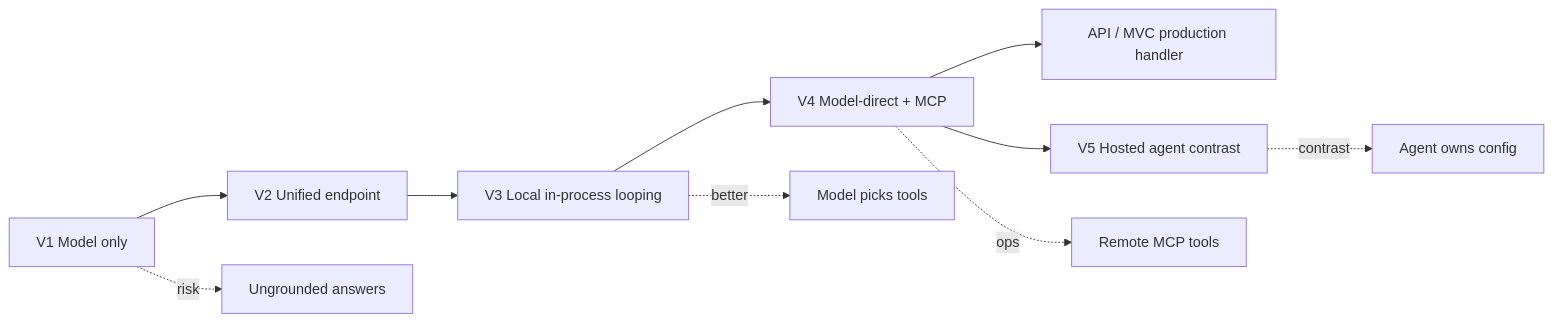
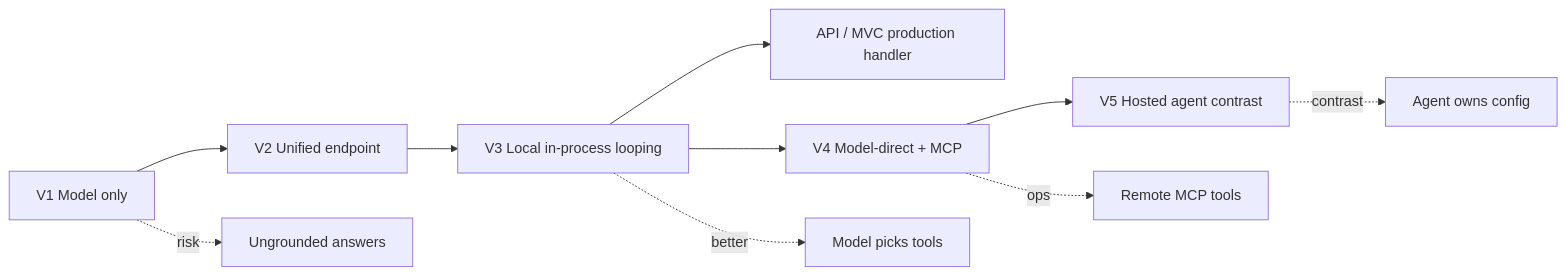
Diagram 24 of 26 in docs/4-demystifying-foundry-agents-mcp/demystifying-model-agent-tools-mcp-brainstorming.md (dustinkorzaan/weather-1116), drawn with Mermaid before and after one commit. The commit also changed other lines of this file and 14 other files, not shown here.

````diff
--- a/docs/4-demystifying-foundry-agents-mcp/demystifying-model-agent-tools-mcp-brainstorming.md
+++ b/docs/4-demystifying-foundry-agents-mcp/demystifying-model-agent-tools-mcp-brainstorming.md
@@ -430,13 +430,13 @@
 ```mermaid
 flowchart LR
     V1[V1 Model only] --> V2[V2 Unified endpoint]
     V2 --> V3[V3 Local in-process looping]
+    V3 --> PROD[API / MVC production handler]
     V3 --> V4[V4 Model-direct + MCP]
-    V4 --> PROD[API / MVC production handler]
     V4 --> V5[V5 Hosted agent contrast]
 
     V1 -.->|risk| H[Ungrounded answers]
     V3 -.->|better| T[Model picks tools]
     V4 -.->|ops| O[Remote MCP tools]
     V5 -.->|contrast| A[Agent owns config]
 ```
````
